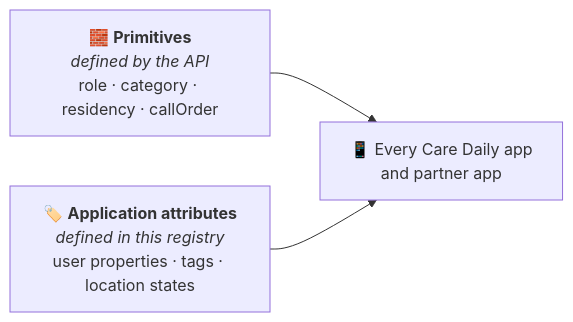
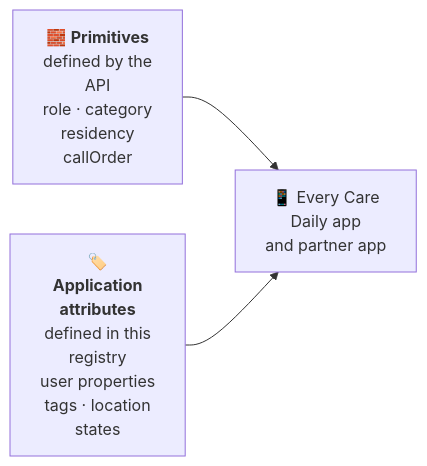
One commit to CareDailyAI/docs changed the diagram in concepts/application_attributes.md. Above: the diagram before and after it, drawn with Mermaid. The commit also changed 30 other files, not shown here.

First line of the commit message:
Diagrams: wrap every flowchart label to short rows so Chrome stops clipping them

````diff
--- a/concepts/application_attributes.md
+++ b/concepts/application_attributes.md
@@ -15,8 +15,8 @@
 ```mermaid
 flowchart LR
-    P["🧱 <b>Primitives</b><br/><i>defined by the API</i><br/>role · category · residency · callOrder"]
-    A["🏷️ <b>Application attributes</b><br/><i>defined in this registry</i><br/>user properties · tags · location states"]
-    APPS["📱 Every Care Daily app<br/>and partner app"]
+    P["🧱 <b>Primitives</b><br/>defined by the<br/>API<br/>role · category<br/>residency<br/>callOrder"]
+    A["🏷️<br/><b>Application</b><br/><b>attributes</b><br/>defined in this<br/>registry<br/>user properties<br/>tags · location<br/>states"]
+    APPS["📱 Every Care<br/>Daily app<br/>and partner app"]
     P --> APPS
     A --> APPS
 ```
````
